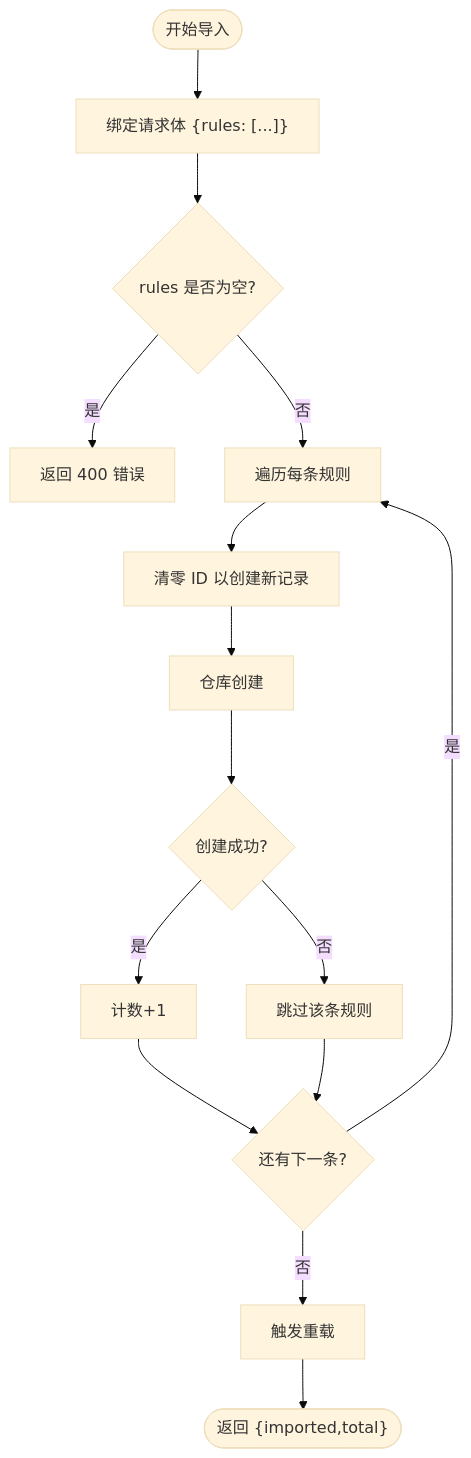
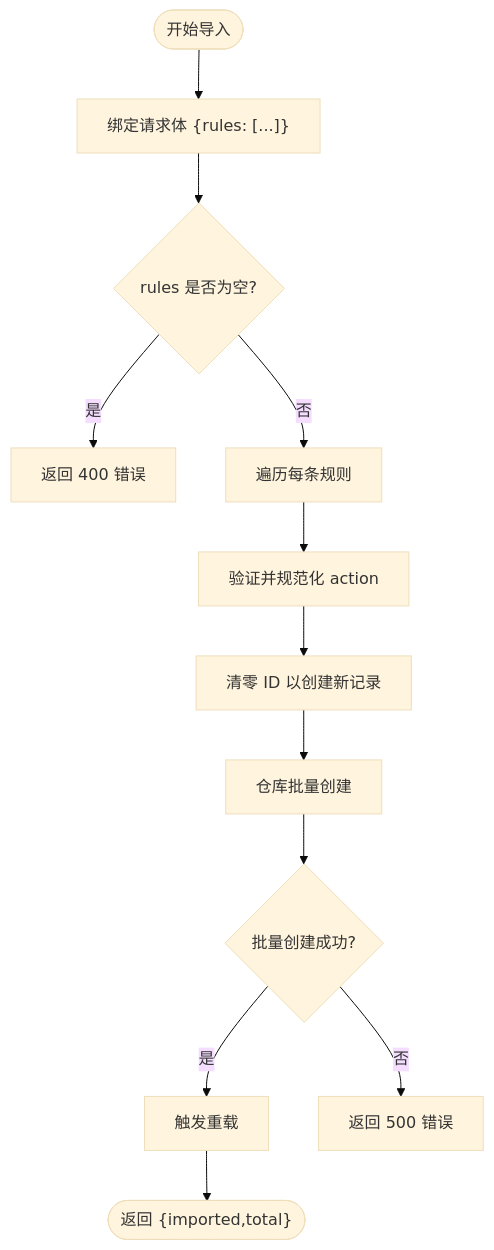
Before and after one commit to x01n/My-OpenWaf: the fourth of 9 diagrams in docs/管理 API 系统/规则管理 API/规则导入导出.md, drawn with Mermaid (base theme). The commit also changed other lines of this file and 199 other files, not shown here.

````diff
--- a/docs/管理 API 系统/规则管理 API/规则导入导出.md
+++ b/docs/管理 API 系统/规则管理 API/规则导入导出.md
@@ -200,17 +200,14 @@
 ```mermaid
 flowchart TD
 Start(["开始导入"]) --> Bind["绑定请求体 {rules: [...]}"]
 Bind --> Valid{"rules 是否为空?"}
 Valid --> |是| Err400["返回 400 错误"]
 Valid --> |否| Loop["遍历每条规则"]
-Loop --> ClearID["清零 ID 以创建新记录"]
-ClearID --> Create["仓库创建"]
-Create --> Ok{"创建成功?"}
-Ok --> |是| Inc["计数+1"]
-Ok --> |否| Skip["跳过该条规则"]
-Inc --> Next{"还有下一条?"}
-Skip --> Next
-Next --> |是| Loop
-Next --> |否| Reload["触发重载"]
+Loop --> ValidateAction["验证并规范化 action"]
+ValidateAction --> ClearID["清零 ID 以创建新记录"]
+ClearID --> BatchCreate["仓库批量创建"]
+BatchCreate --> Ok{"批量创建成功?"}
+Ok --> |是| Reload["触发重载"]
+Ok --> |否| Return500["返回 500 错误"]
 Reload --> Done(["返回 {imported,total}"])
 ```
````
